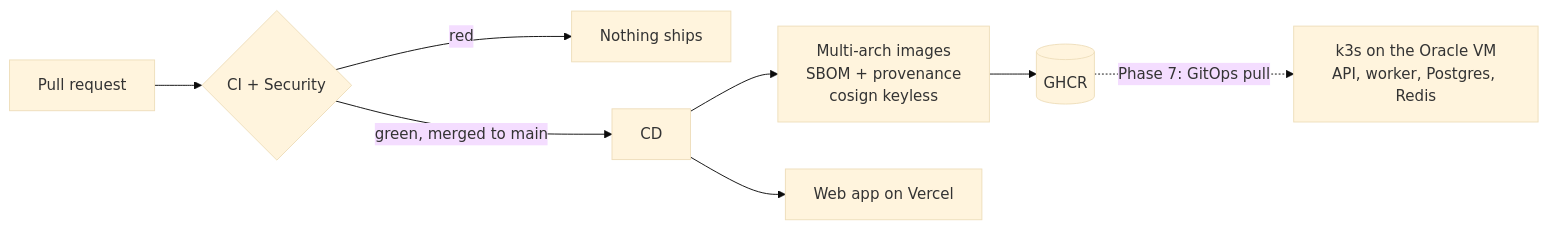
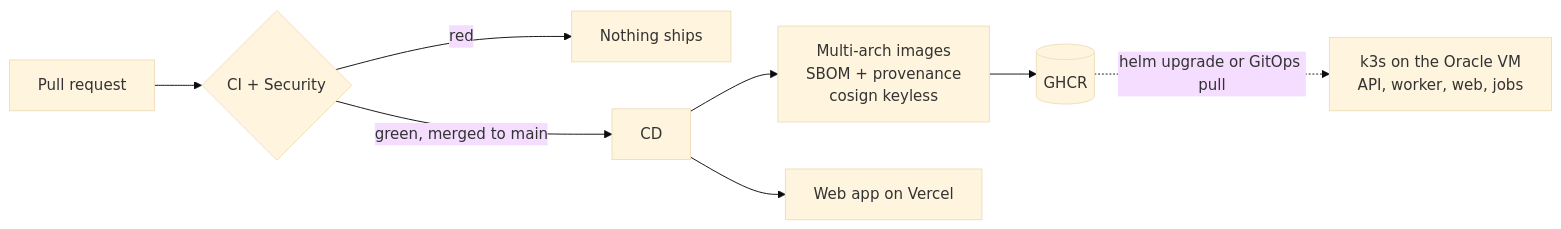
The diagram in docs/DEPLOYMENT.md (MalakBenHassine/KB-Assistant), drawn with Mermaid (base theme) before and after one commit. The commit also changed other lines of this file and 8 other files, not shown here.

````diff
--- a/docs/DEPLOYMENT.md
+++ b/docs/DEPLOYMENT.md
@@ -6,9 +6,9 @@
 ```mermaid
 flowchart LR
     pr[Pull request] --> ci{CI + Security}
     ci -->|red| stop[Nothing ships]
     ci -->|green, merged to main| cd[CD]
     cd --> img[Multi-arch images<br/>SBOM + provenance<br/>cosign keyless] --> ghcr[(GHCR)]
     cd --> vercel[Web app on Vercel]
-    ghcr -. Phase 7: GitOps pull .-> vm[k3s on the Oracle VM<br/>API, worker, Postgres, Redis]
+    ghcr -. helm upgrade or GitOps pull .-> vm[k3s on the Oracle VM<br/>API, worker, web, jobs]
 ```
````
